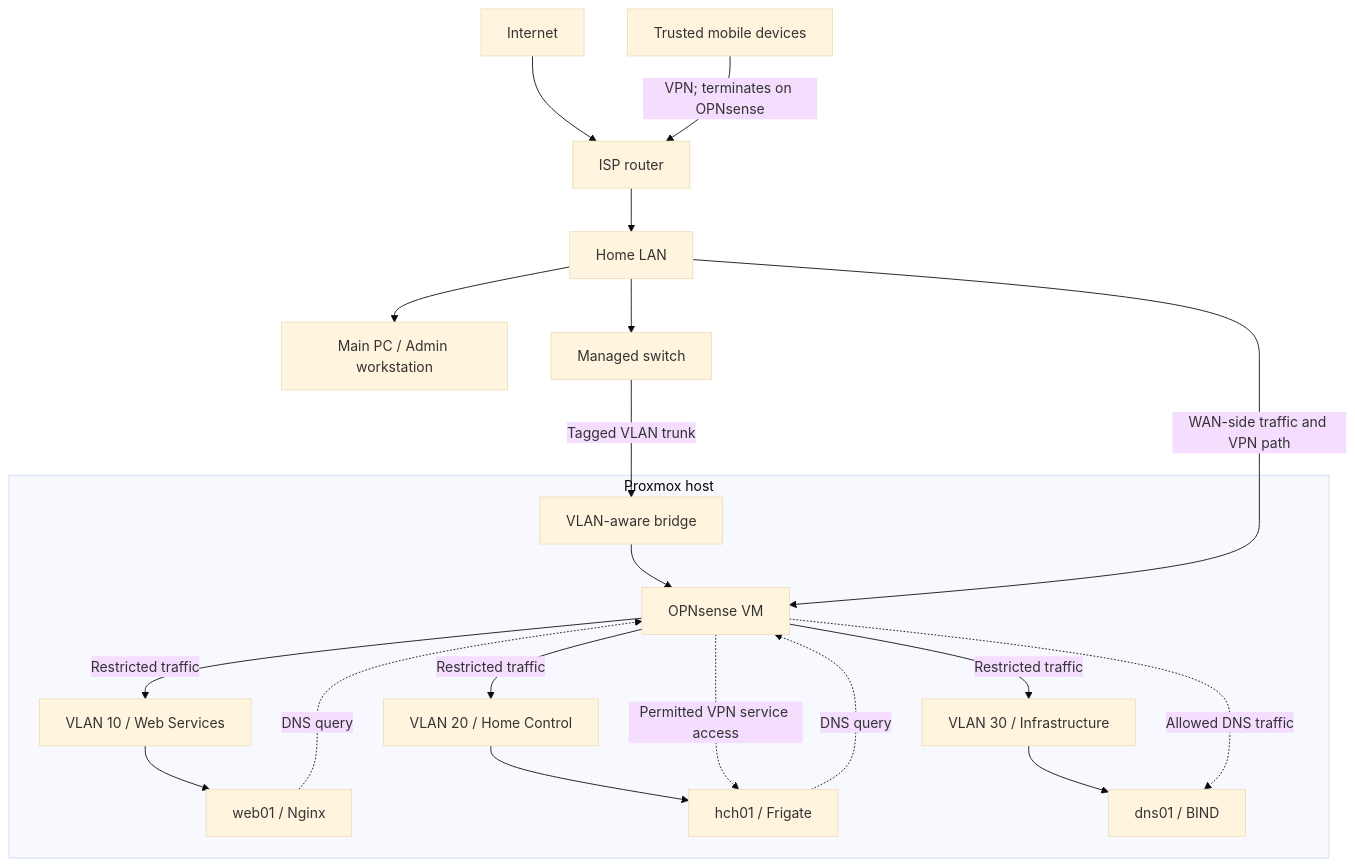
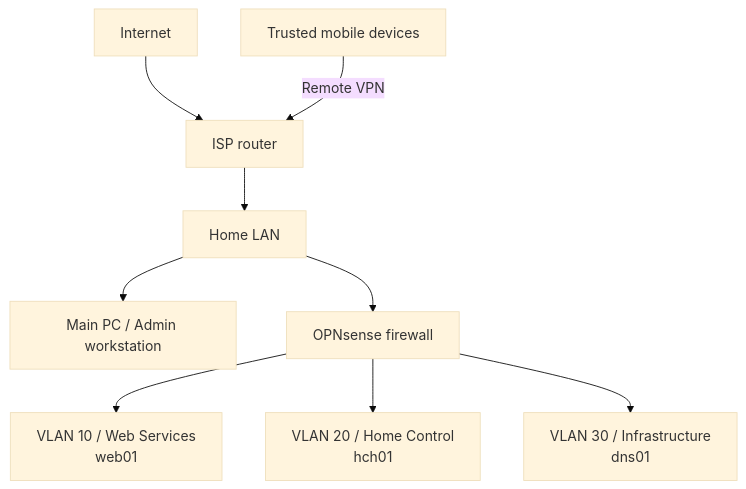
Before and after one commit to repo-sudo/infrastructure-portfolio: the first of 2 diagrams in docs/network-topology.md, drawn with Mermaid (base theme). The commit also changed other lines of this file, not shown here.

````diff
--- a/docs/network-topology.md
+++ b/docs/network-topology.md
@@ -5,34 +7,11 @@
 ```mermaid
 flowchart TB
     internet["Internet"] --> router["ISP router"]
-    mobile["Trusted mobile devices"] -->|VPN; terminates on OPNsense| router
+    mobile["Trusted mobile devices"] -->|Remote VPN| router
     router --> home["Home LAN"]
-    home --> pc["Main PC / Admin workstation"]
-    home --> switch["Managed switch"]
-
-    subgraph proxmox["Proxmox host"]
-        bridge["VLAN-aware bridge"]
-        firewall["OPNsense VM"]
-        v10["VLAN 10 / Web Services"]
-        v20["VLAN 20 / Home Control"]
-        v30["VLAN 30 / Infrastructure"]
-        web["web01 / Nginx"]
-        hch["hch01 / Frigate"]
-        dns["dns01 / BIND"]
-
-        bridge --> firewall
-        firewall -->|Restricted traffic| v10
-        firewall -->|Restricted traffic| v20
-        firewall -->|Restricted traffic| v30
-        v10 --> web
-        v20 --> hch
-        v30 --> dns
-    end
-
-    switch -->|Tagged VLAN trunk| bridge
-    home -->|WAN-side traffic and VPN path| firewall
-    firewall -.->|Permitted VPN service access| hch
-    web -.->|DNS query| firewall
-    hch -.->|DNS query| firewall
-    firewall -.->|Allowed DNS traffic| dns
+    home --> admin["Main PC / Admin workstation"]
+    home --> firewall["OPNsense firewall"]
+    firewall --> web["VLAN 10 / Web Services<br/>web01"]
+    firewall --> control["VLAN 20 / Home Control<br/>hch01"]
+    firewall --> infra["VLAN 30 / Infrastructure<br/>dns01"]
 ```
````
